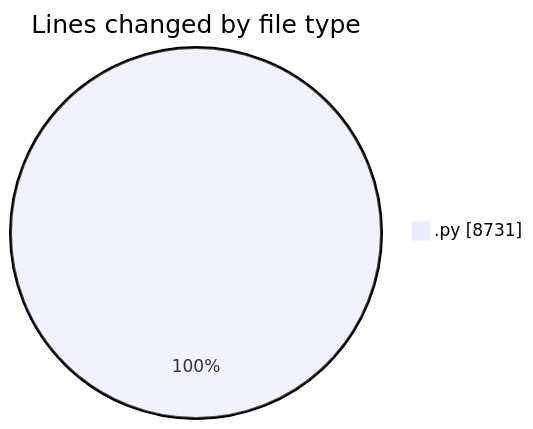
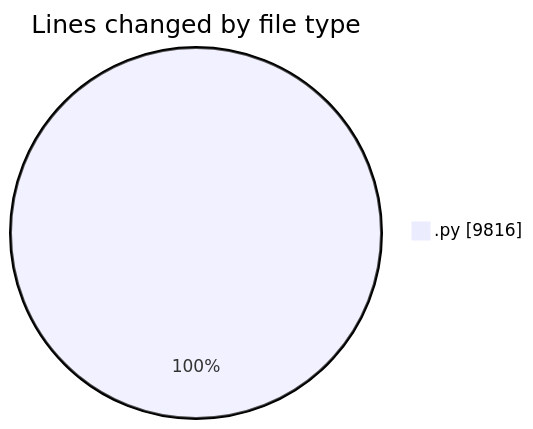
Before and after one commit to MatusMokan/code-tracking: the first of 2 diagrams in 2025-04-12/myws__workspace_/README.md, drawn with Mermaid. The commit also changed other lines of this file and 1 other file, not shown here.

````diff
--- a/2025-04-12/myws__workspace_/README.md
+++ b/2025-04-12/myws__workspace_/README.md
@@ -28,5 +29,5 @@
 ```mermaid
 pie showData
 title Lines changed by file type
-".py" : 8731
+".py" : 9816
 ```
````
